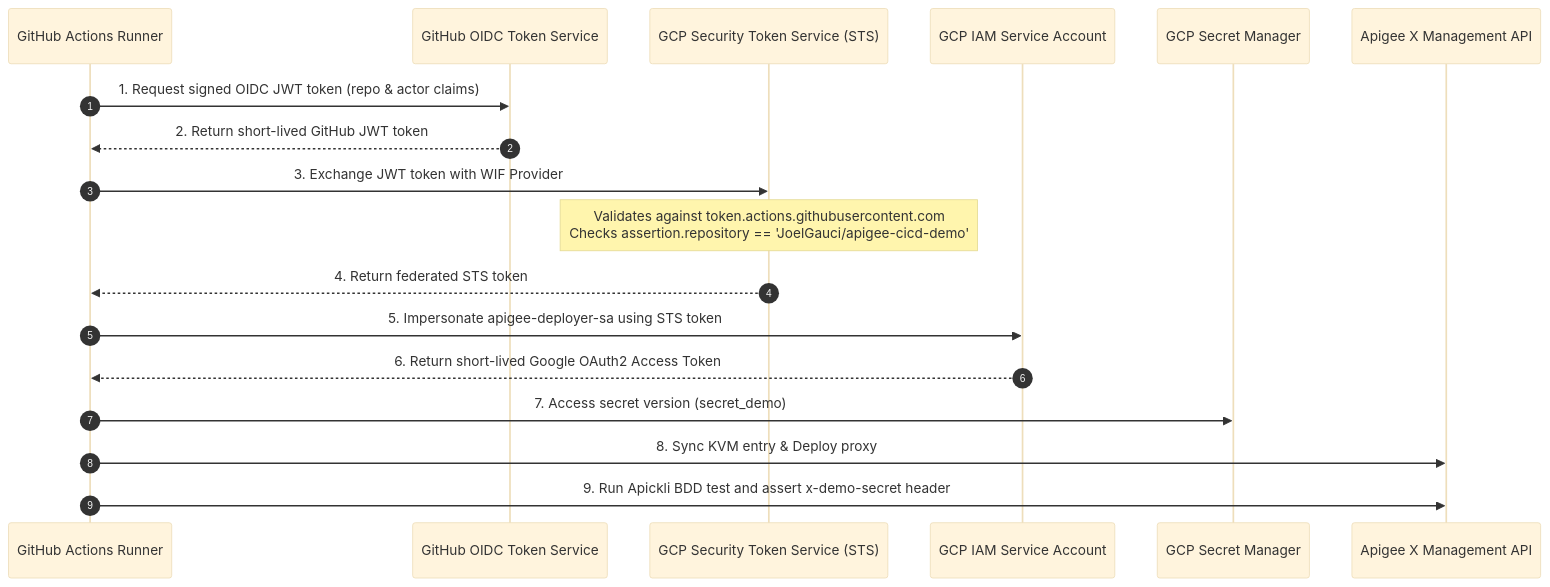
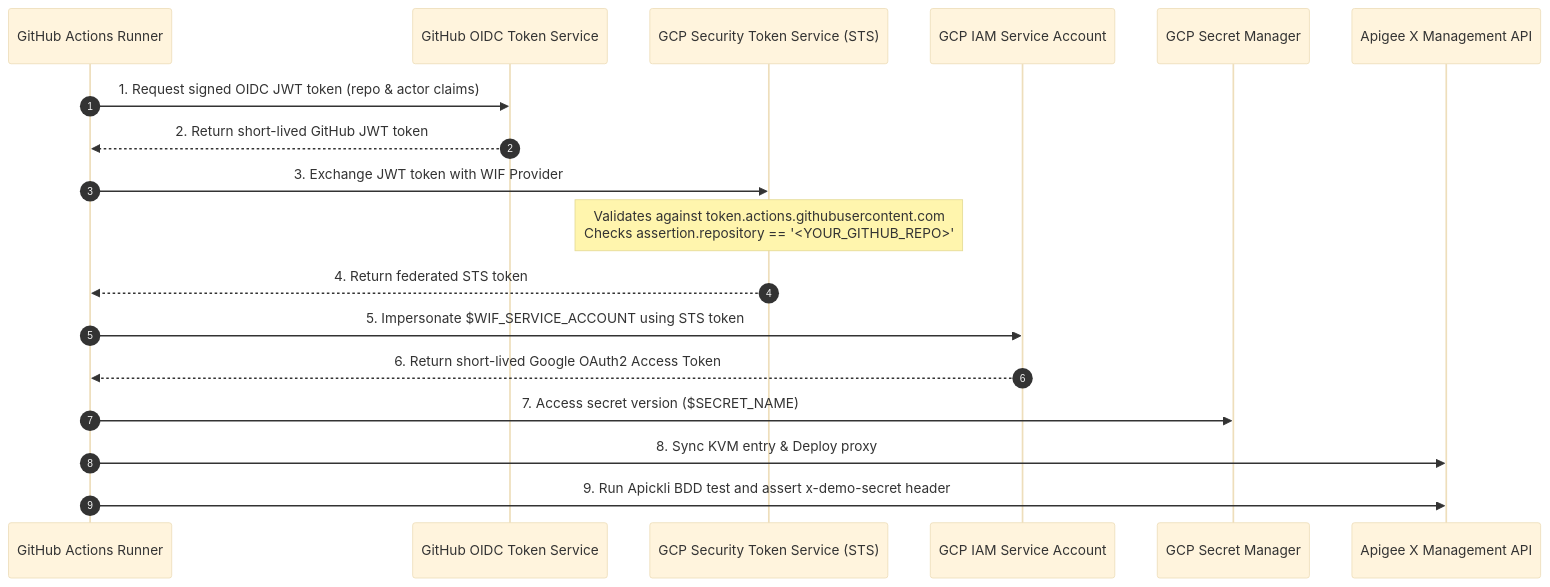
Before and after one commit to JoelGauci/apigee-cicd-demo: the second of 2 diagrams in README.md, drawn with Mermaid (base theme). The commit also changed other lines of this file and 7 other files, not shown here.

````diff
--- a/README.md
+++ b/README.md
@@ -89,21 +105,21 @@
 ```mermaid
 sequenceDiagram
     autonumber
     participant GHA as GitHub Actions Runner
     participant GHOIDC as GitHub OIDC Token Service
     participant GCPSTS as GCP Security Token Service (STS)
     participant GCPIAM as GCP IAM Service Account
     participant GSM as GCP Secret Manager
     participant Apigee as Apigee X Management API
 
     GHA->>GHOIDC: 1. Request signed OIDC JWT token (repo & actor claims)
     GHOIDC-->>GHA: 2. Return short-lived GitHub JWT token
     GHA->>GCPSTS: 3. Exchange JWT token with WIF Provider
-    Note over GCPSTS: Validates against token.actions.githubusercontent.com<br/>Checks assertion.repository == 'JoelGauci/apigee-cicd-demo'
+    Note over GCPSTS: Validates against token.actions.githubusercontent.com<br/>Checks assertion.repository == '<YOUR_GITHUB_REPO>'
     GCPSTS-->>GHA: 4. Return federated STS token
-    GHA->>GCPIAM: 5. Impersonate apigee-deployer-sa using STS token
+    GHA->>GCPIAM: 5. Impersonate $WIF_SERVICE_ACCOUNT using STS token
     GCPIAM-->>GHA: 6. Return short-lived Google OAuth2 Access Token
-    GHA->>GSM: 7. Access secret version (secret_demo)
+    GHA->>GSM: 7. Access secret version ($SECRET_NAME)
     GHA->>Apigee: 8. Sync KVM entry & Deploy proxy
     GHA->>Apigee: 9. Run Apickli BDD test and assert x-demo-secret header
 ```
````
